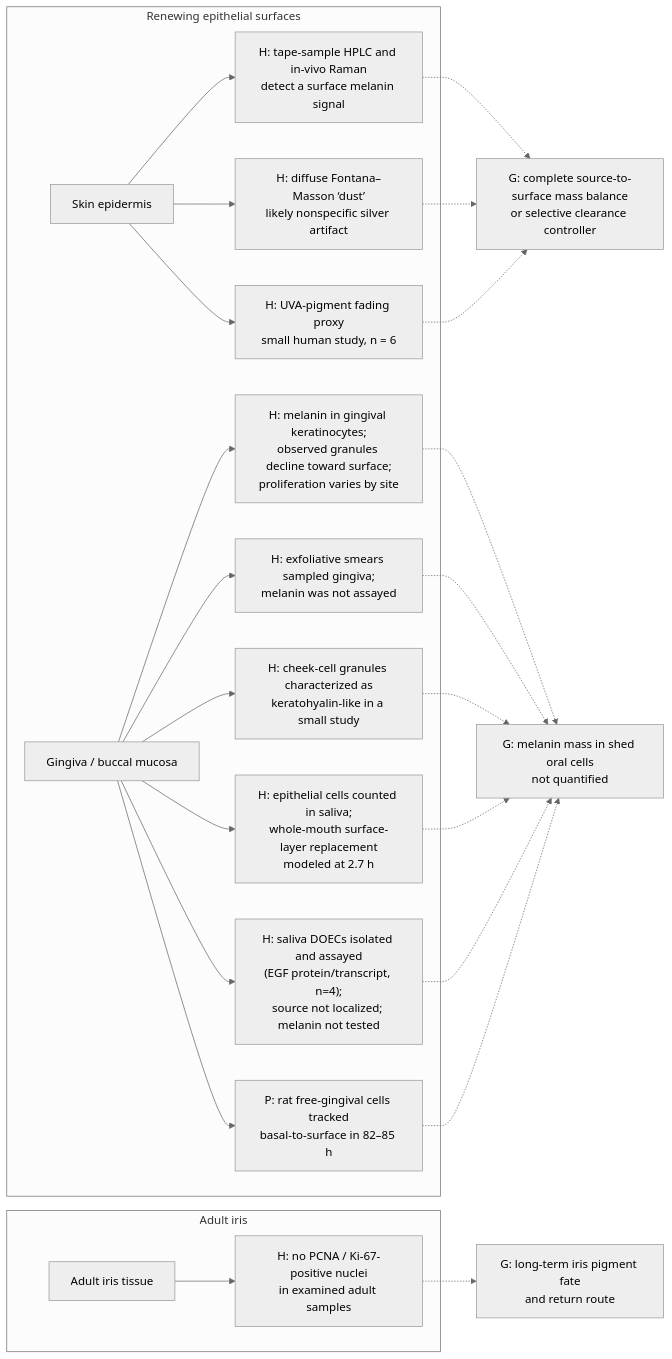
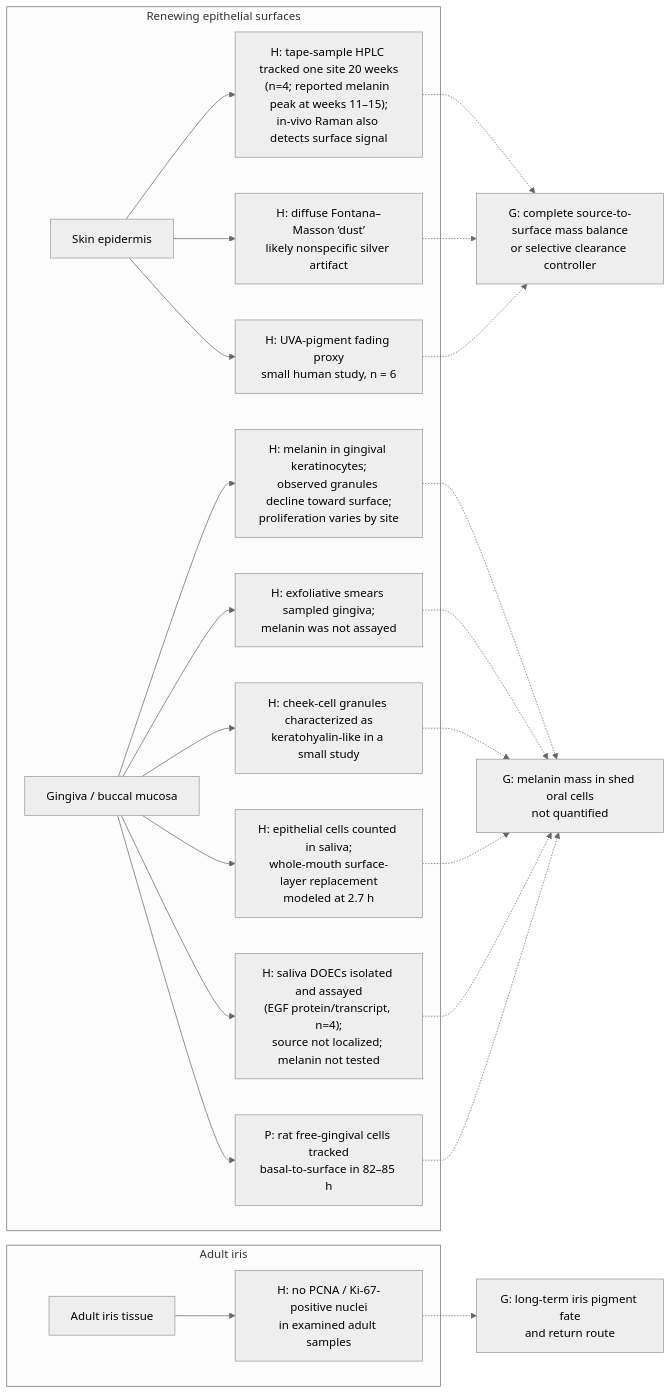
One commit to dylanstechmann/iris-color-without-contacts changed the sixth of 42 diagrams in research/tissue-pigment-atlas.md. Above: the diagram before and after it, drawn with Mermaid (neutral theme). The commit also changed other lines of this file, not shown here.

Commit message:
Add scale to human skin surface-pigment time course

````diff
--- a/research/tissue-pigment-atlas.md
+++ b/research/tissue-pigment-atlas.md
@@ -171,27 +171,27 @@
 ```mermaid
 flowchart LR
     subgraph surfaces["Renewing epithelial surfaces"]
-        Skin["Skin epidermis"] --> SkinEvidence["H: tape-sample HPLC and in-vivo Raman<br/>detect a surface melanin signal"]
+        Skin["Skin epidermis"] --> SkinEvidence["H: tape-sample HPLC tracked one site 20 weeks<br/>(n=4; reported melanin peak at weeks 11–15);<br/>in-vivo Raman also detects surface signal"]
         Skin --> SkinStain["H: diffuse Fontana–Masson ‘dust’<br/>likely nonspecific silver artifact"]
         Skin --> SkinProxy["H: UVA-pigment fading proxy<br/>small human study, n = 6"]
         Oral["Gingiva / buccal mucosa"] --> OralEvidence["H: melanin in gingival keratinocytes;<br/>observed granules decline toward surface;<br/>proliferation varies by site"]
         Oral --> ShedCellEvidence["H: exfoliative smears sampled gingiva;<br/>melanin was not assayed"]
         Oral --> ShedGranuleEvidence["H: cheek-cell granules characterized as<br/>keratohyalin-like in a small study"]
         Oral --> OralShedding["H: epithelial cells counted in saliva;<br/>whole-mouth surface-layer replacement<br/>modeled at 2.7 h"]
         Oral --> OralCellAssay["H: saliva DOECs isolated and assayed<br/>(EGF protein/transcript, n=4);<br/>source not localized; melanin not tested"]
         Oral --> RatTransit["P: rat free-gingival cells tracked<br/>basal-to-surface in 82–85 h"]
     end
     subgraph iris["Adult iris"]
         Iris["Adult iris tissue"] --> IrisEvidence["H: no PCNA / Ki-67-positive nuclei<br/>in examined adult samples"]
     end
     SkinEvidence -.-> SkinGap
     SkinStain -.-> SkinGap
     SkinProxy -.-> SkinGap["G: complete source-to-surface mass balance<br/>or selective clearance controller"]
     OralEvidence -.-> OralGap["G: melanin mass in shed oral cells<br/>not quantified"]
     ShedCellEvidence -.-> OralGap
     ShedGranuleEvidence -.-> OralGap
     OralShedding -.-> OralGap
     OralCellAssay -.-> OralGap
     RatTransit -.-> OralGap
     IrisEvidence -.-> IrisGap["G: long-term iris pigment fate<br/>and return route"]
 ```
````
